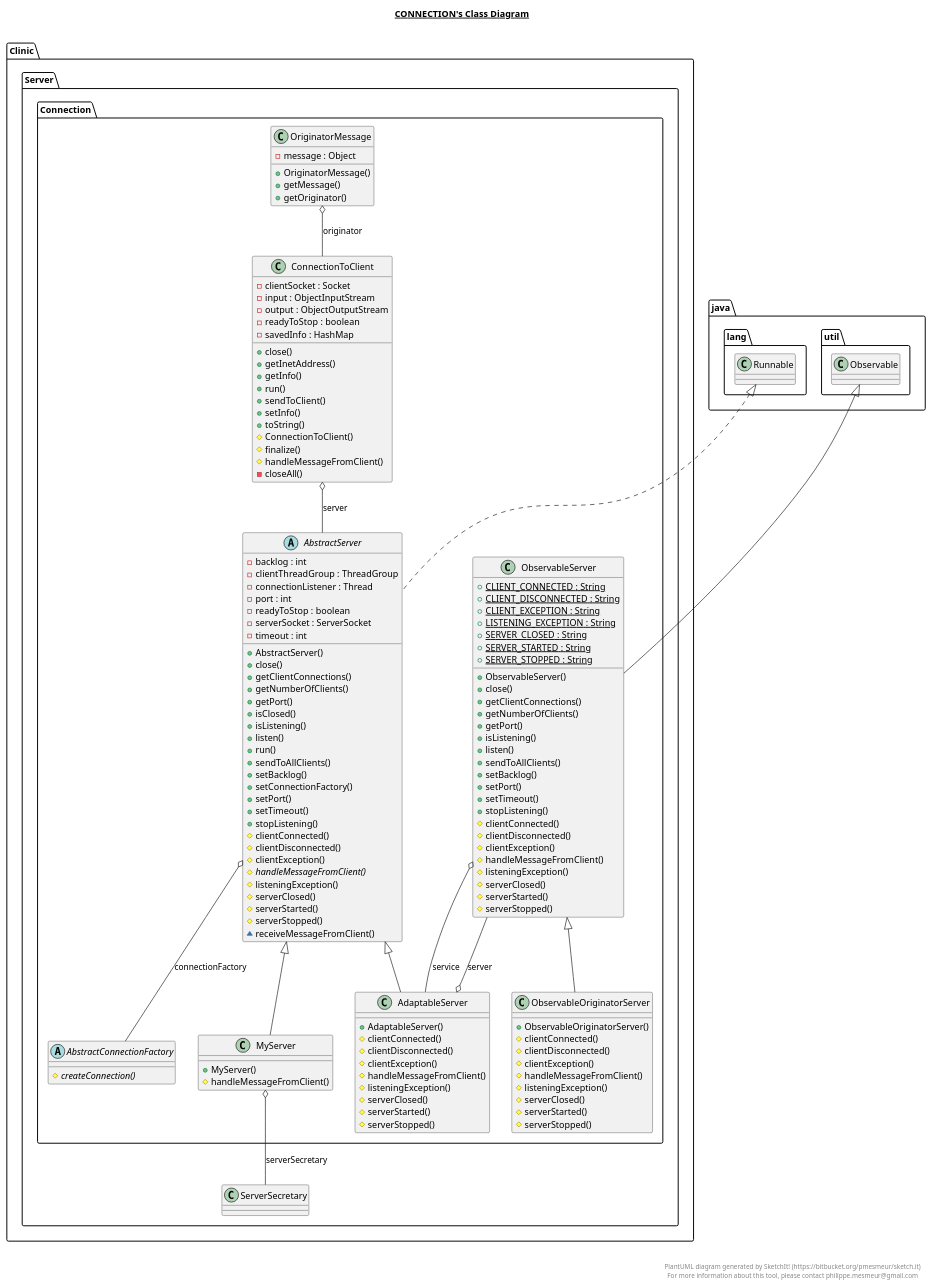
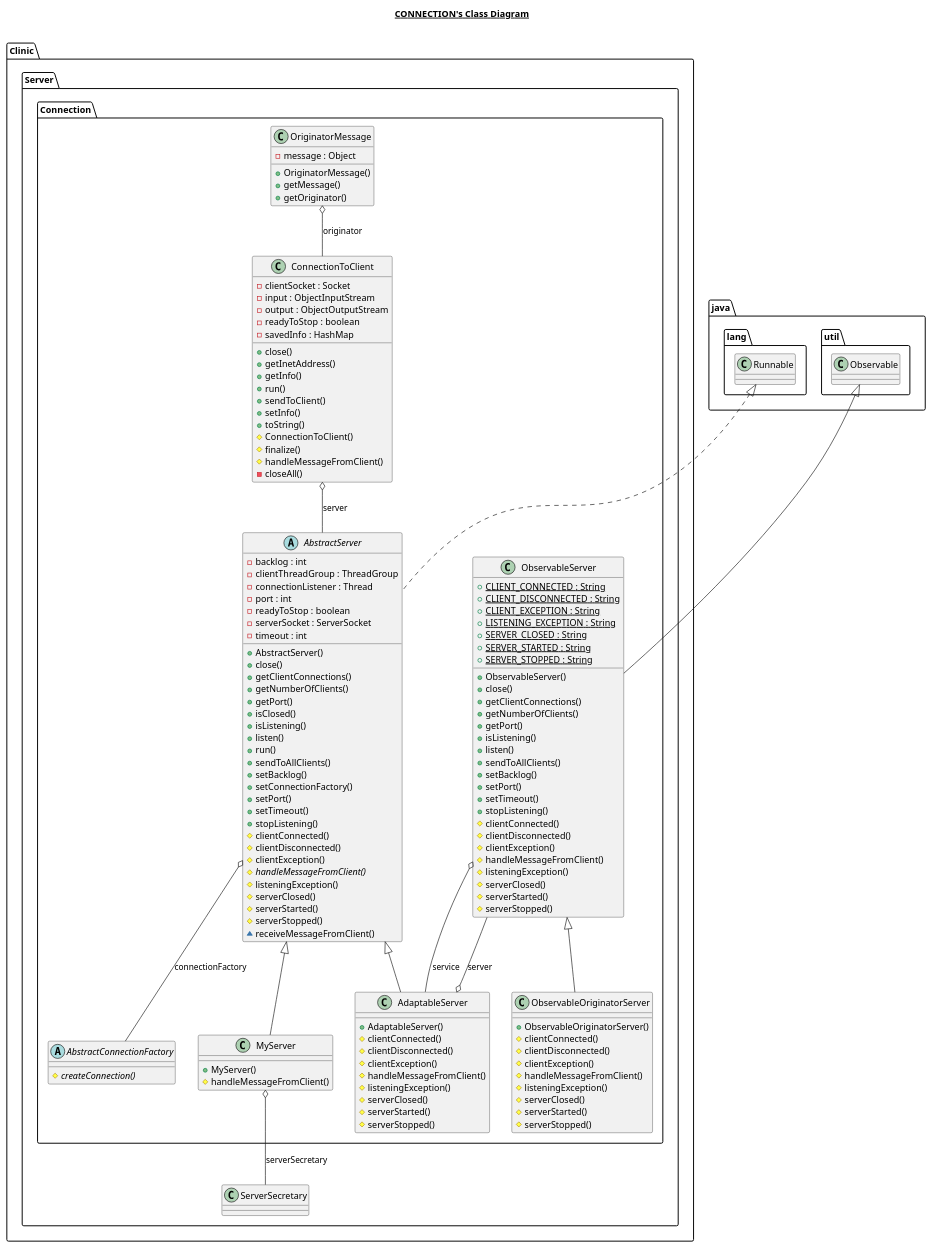
One commit to AidanJohnston/Omar changed the diagram in src/Clinic/Server/Connection/Connection.plantuml. Above: the diagram before and after it, drawn with PlantUML. The commit also changed 7 other files, not shown here.

Commit message:
Refactored uml diagrams

```diff
--- a/src/Clinic/Server/Connection/Connection.plantuml
+++ b/src/Clinic/Server/Connection/Connection.plantuml
@@ -1,188 +1,181 @@
 @startuml
 
 title __CONNECTION's Class Diagram__\n
 
   namespace Clinic.Server {
     namespace Connection {
       abstract class Clinic.Server.Connection.AbstractConnectionFactory {
           {abstract} # createConnection()
       }
     }
   }
   
 
   namespace Clinic.Server {
     namespace Connection {
       abstract class Clinic.Server.Connection.AbstractServer {
           - backlog : int
           - clientThreadGroup : ThreadGroup
           - connectionListener : Thread
           - port : int
           - readyToStop : boolean
           - serverSocket : ServerSocket
           - timeout : int
           + AbstractServer()
           + close()
           + getClientConnections()
           + getNumberOfClients()
           + getPort()
           + isClosed()
           + isListening()
           + listen()
           + run()
           + sendToAllClients()
           + setBacklog()
           + setConnectionFactory()
           + setPort()
           + setTimeout()
           + stopListening()
           # clientConnected()
           # clientDisconnected()
           # clientException()
           {abstract} # handleMessageFromClient()
           # listeningException()
           # serverClosed()
           # serverStarted()
           # serverStopped()
           ~ receiveMessageFromClient()
       }
     }
   }
   
 
   namespace Clinic.Server {
     namespace Connection {
       class Clinic.Server.Connection.AdaptableServer {
           + AdaptableServer()
           # clientConnected()
           # clientDisconnected()
           # clientException()
           # handleMessageFromClient()
           # listeningException()
           # serverClosed()
           # serverStarted()
           # serverStopped()
       }
     }
   }
   
 
   namespace Clinic.Server {
     namespace Connection {
       class Clinic.Server.Connection.ConnectionToClient {
           - clientSocket : Socket
           - input : ObjectInputStream
           - output : ObjectOutputStream
           - readyToStop : boolean
           - savedInfo : HashMap
           + close()
           + getInetAddress()
           + getInfo()
           + run()
           + sendToClient()
           + setInfo()
           + toString()
           # ConnectionToClient()
           # finalize()
           # handleMessageFromClient()
           - closeAll()
       }
     }
   }
   
 
   namespace Clinic.Server {
     namespace Connection {
       class Clinic.Server.Connection.MyServer {
           + MyServer()
           # handleMessageFromClient()
       }
     }
   }
   
 
   namespace Clinic.Server {
     namespace Connection {
       class Clinic.Server.Connection.ObservableOriginatorServer {
           + ObservableOriginatorServer()
           # clientConnected()
           # clientDisconnected()
           # clientException()
           # handleMessageFromClient()
           # listeningException()
           # serverClosed()
           # serverStarted()
           # serverStopped()
       }
     }
   }
   
 
   namespace Clinic.Server {
     namespace Connection {
       class Clinic.Server.Connection.ObservableServer {
           {static} + CLIENT_CONNECTED : String
           {static} + CLIENT_DISCONNECTED : String
           {static} + CLIENT_EXCEPTION : String
           {static} + LISTENING_EXCEPTION : String
           {static} + SERVER_CLOSED : String
           {static} + SERVER_STARTED : String
           {static} + SERVER_STOPPED : String
           + ObservableServer()
           + close()
           + getClientConnections()
           + getNumberOfClients()
           + getPort()
           + isListening()
           + listen()
           + sendToAllClients()
           + setBacklog()
           + setPort()
           + setTimeout()
           + stopListening()
           # clientConnected()
           # clientDisconnected()
           # clientException()
           # handleMessageFromClient()
           # listeningException()
           # serverClosed()
           # serverStarted()
           # serverStopped()
       }
     }
   }
   
 
   namespace Clinic.Server {
     namespace Connection {
       class Clinic.Server.Connection.OriginatorMessage {
           - message : Object
           + OriginatorMessage()
           + getMessage()
           + getOriginator()
       }
     }
   }
   
 
   Clinic.Server.Connection.AbstractServer .up.|> java.lang.Runnable
   Clinic.Server.Connection.AbstractServer o-- Clinic.Server.Connection.AbstractConnectionFactory : connectionFactory
   Clinic.Server.Connection.AdaptableServer -up-|> Clinic.Server.Connection.AbstractServer
   Clinic.Server.Connection.AdaptableServer o-- Clinic.Server.Connection.ObservableServer : server
   Clinic.Server.Connection.ConnectionToClient o-- Clinic.Server.Connection.AbstractServer : server
   Clinic.Server.Connection.MyServer -up-|> Clinic.Server.Connection.AbstractServer
   Clinic.Server.Connection.MyServer o-- Clinic.Server.ServerSecretary : serverSecretary
   Clinic.Server.Connection.ObservableOriginatorServer -up-|> Clinic.Server.Connection.ObservableServer
   Clinic.Server.Connection.ObservableServer -up-|> java.util.Observable
   Clinic.Server.Connection.ObservableServer o-- Clinic.Server.Connection.AdaptableServer : service
   Clinic.Server.Connection.OriginatorMessage o-- Clinic.Server.Connection.ConnectionToClient : originator
 
 
-right footer
-
-
-PlantUML diagram generated by SketchIt! (https://bitbucket.org/pmesmeur/sketch.it)
-For more information about this tool, please contact philippe.mesmeur@gmail.com
-endfooter
-
 @enduml
```
